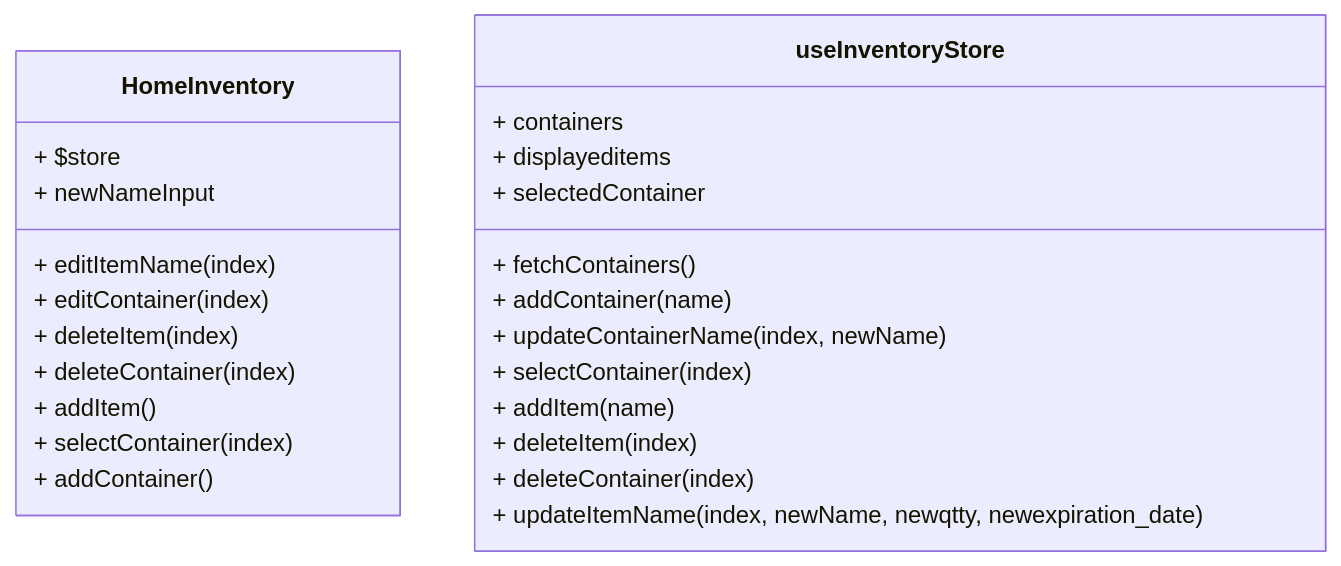
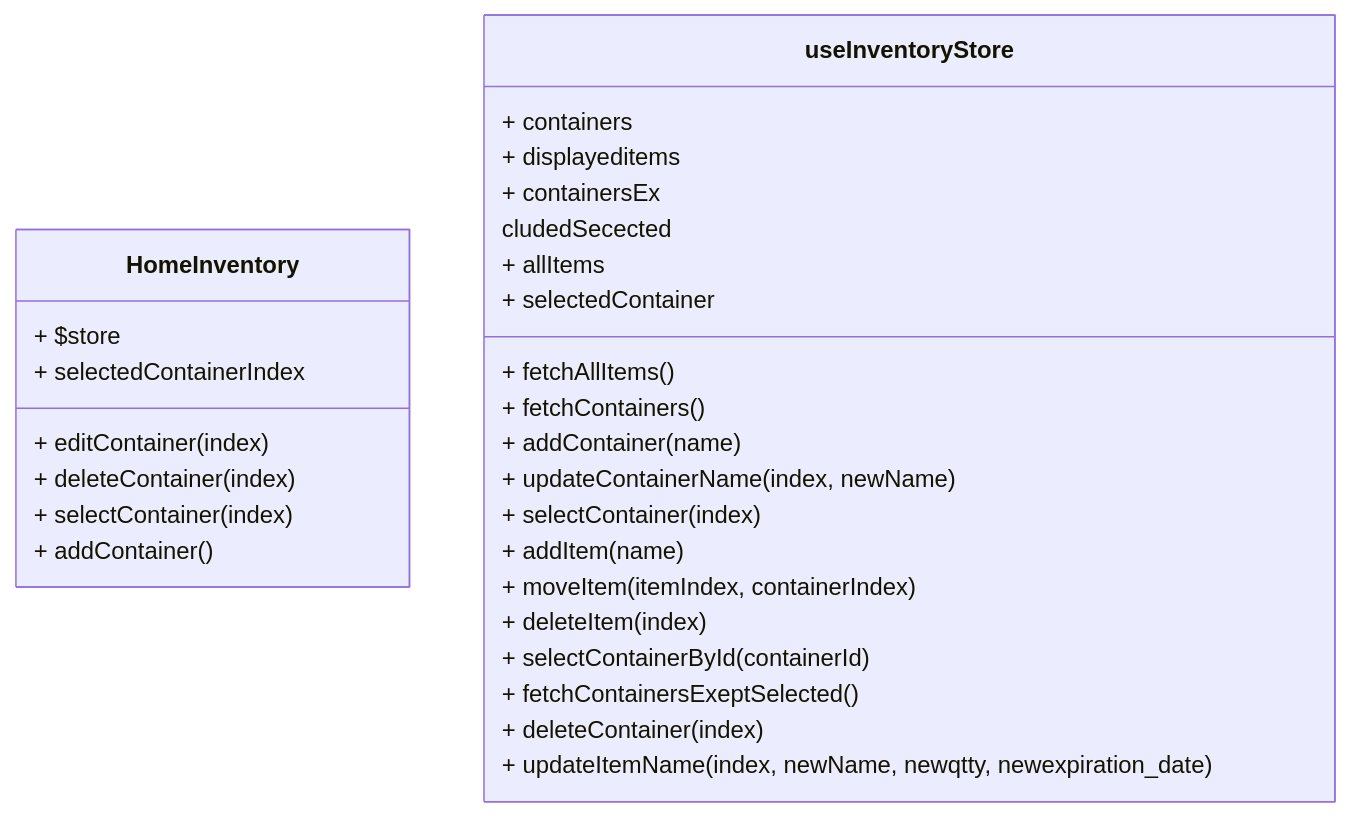
The tenth of 22 diagrams in Project Details/frontend/frontend.md (dpatrik0610/HomeInventory), drawn with Mermaid before and after one commit. The commit also changed other lines of this file, not shown here.

````diff
--- a/Project Details/frontend/frontend.md
+++ b/Project Details/frontend/frontend.md
@@ -323,29 +220,33 @@
 ```mermaid 
 classDiagram
 class HomeInventory {
   + $store
-  + newNameInput
-  + editItemName(index)
+  + selectedContainerIndex
   + editContainer(index)
-  + deleteItem(index)
   + deleteContainer(index)
-  + addItem()
   + selectContainer(index)
   + addContainer()
 }
 
 class useInventoryStore {
   + containers
   + displayeditems
+  + containersEx
+
+cludedSecected
+  + allItems
   + selectedContainer
+  + fetchAllItems()
   + fetchContainers()
   + addContainer(name)
   + updateContainerName(index, newName)
   + selectContainer(index)
   + addItem(name)
+  + moveItem(itemIndex, containerIndex)
   + deleteItem(index)
+  + selectContainerById(containerId)
+  + fetchContainersExeptSelected()
   + deleteContainer(index)
   + updateItemName(index, newName, newqtty, newexpiration_date)
 }
-
 ```
````
